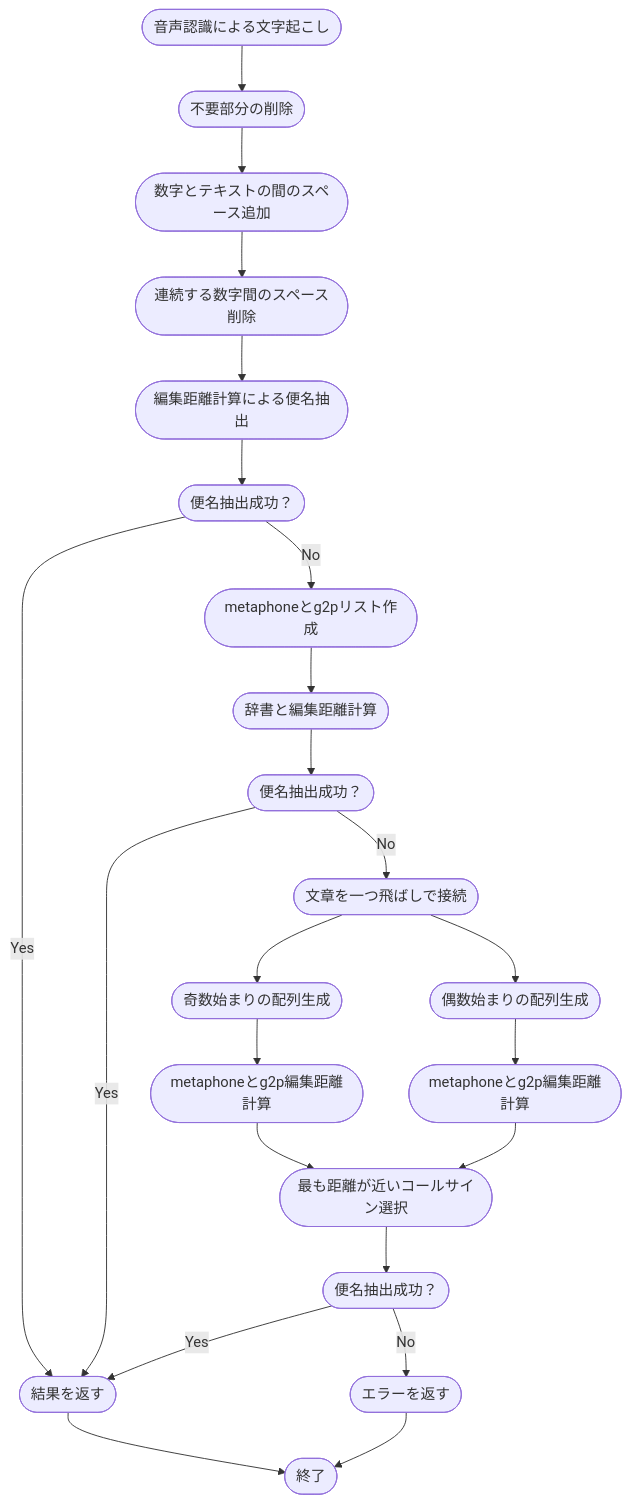
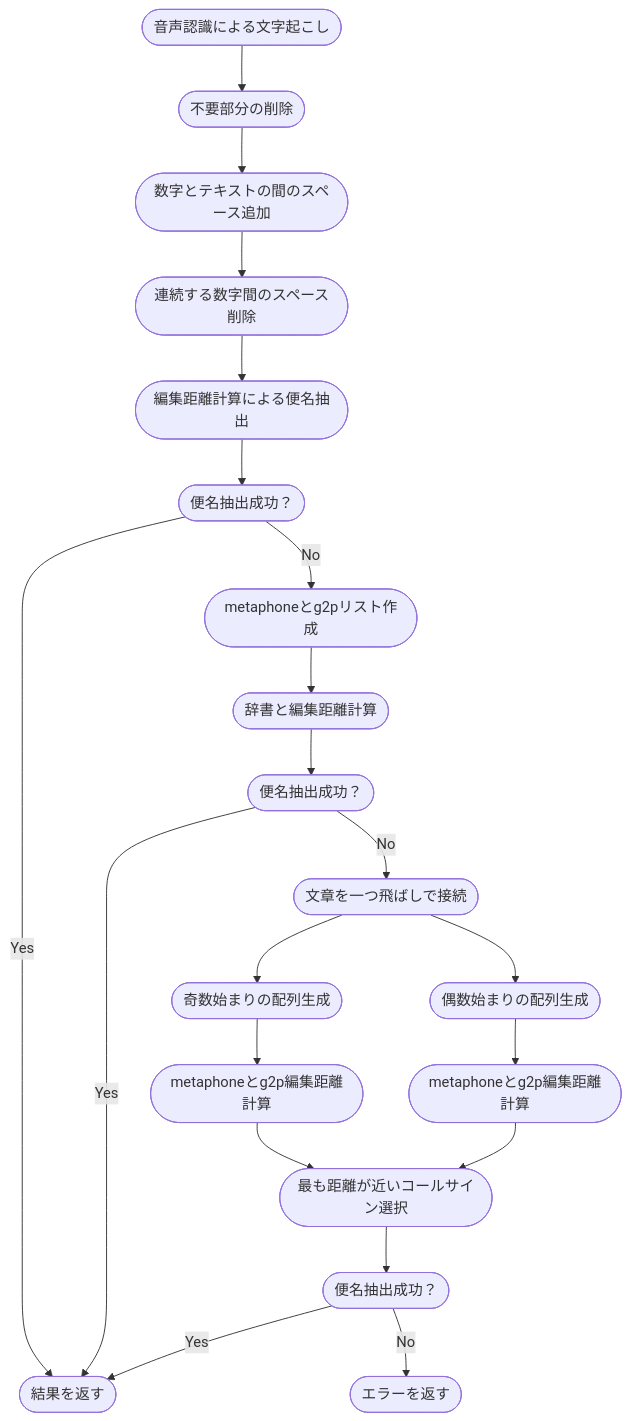
Before and after one commit to Futty93/Callsign-Extraction: the first of 5 diagrams in README.md, drawn with Mermaid. The commit also changed other lines of this file and 3 other files, not shown here.

````diff
--- a/README.md
+++ b/README.md
@@ -99,25 +105,23 @@
 ```mermaid
 graph TB
     A([音声認識による文字起こし])-->B([不要部分の削除])
     B-->C([数字とテキストの間のスペース追加])
     C-->D([連続する数字間のスペース削除])
     D-->E([編集距離計算による便名抽出])
     E-->F([便名抽出成功？])
     F-->|Yes| M([結果を返す])
     F-->|No| G([metaphoneとg2pリスト作成])
     G-->H([辞書と編集距離計算])
     H-->I([便名抽出成功？])
     I-->|Yes| M([結果を返す])
     I-->|No| J([文章を一つ飛ばしで接続])
     J-->K([奇数始まりの配列生成])
     J-->L([偶数始まりの配列生成])
     K-->O([metaphoneとg2p編集距離計算])
     L-->P([metaphoneとg2p編集距離計算])
     O-->Q([最も距離が近いコールサイン選択])
     P-->Q
     Q-->S([便名抽出成功？])
     S-->|Yes| M([結果を返す])
     S-->|No| U([エラーを返す])
-    U-->V([終了])
-    M-->V
 ```
````
